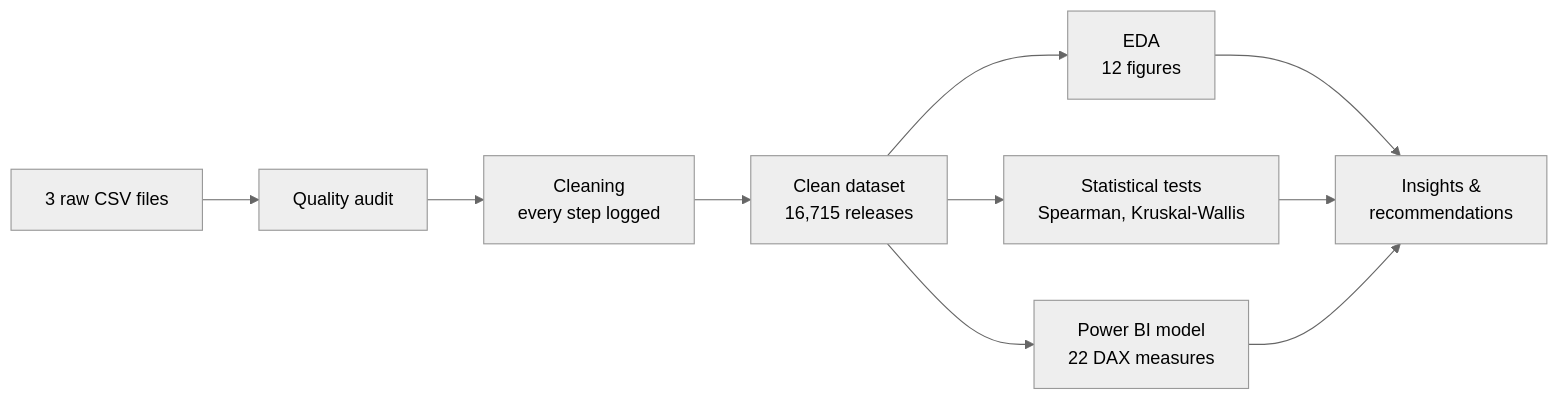
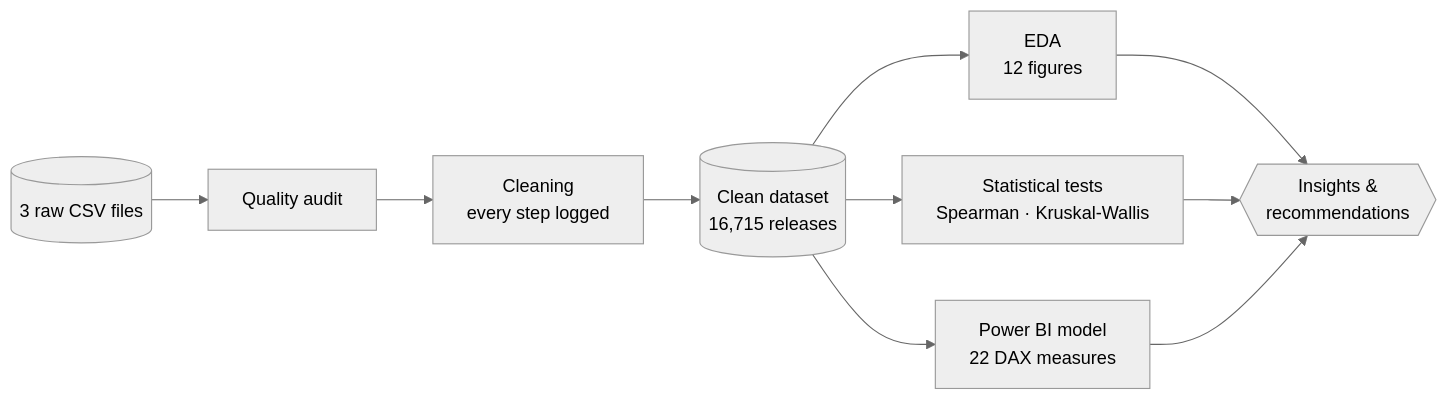
One commit to koffifidelek59-collab/video-game-analytics changed the diagram in README.md. Above: the diagram before and after it, drawn with Mermaid (neutral theme). The commit also changed other lines of this file, not shown here.

````diff
--- a/README.md
+++ b/README.md
@@ -86,12 +126,12 @@
 ```mermaid
 flowchart LR
-    A[3 raw CSV files] --> B[Quality audit]
+    A[(3 raw CSV files)] --> B[Quality audit]
     B --> C[Cleaning<br/>every step logged]
-    C --> D[Clean dataset<br/>16,715 releases]
+    C --> D[(Clean dataset<br/>16,715 releases)]
     D --> E[EDA<br/>12 figures]
-    D --> F[Statistical tests<br/>Spearman, Kruskal-Wallis]
+    D --> F[Statistical tests<br/>Spearman · Kruskal-Wallis]
     D --> G[Power BI model<br/>22 DAX measures]
-    E --> H[Insights &<br/>recommendations]
+    E --> H{{Insights &<br/>recommendations}}
     F --> H
     G --> H
 ```
````
